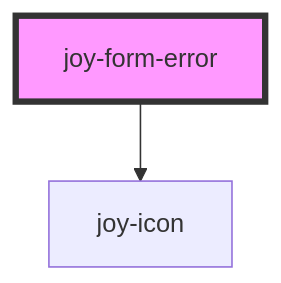
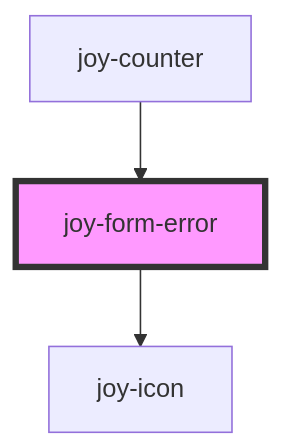
One commit to Maltcommunity/joy changed the diagram in core/src/components/form-error/readme.md. Above: the diagram before and after it, drawn with Mermaid. The commit also changed other lines of this file and 7 other files, not shown here.

````diff
--- a/core/src/components/form-error/readme.md
+++ b/core/src/components/form-error/readme.md
@@ -39,5 +43,6 @@
 ```mermaid
 graph TD;
   joy-form-error --> joy-icon
+  joy-counter --> joy-form-error
   style joy-form-error fill:#f9f,stroke:#333,stroke-width:4px
 ```
````
